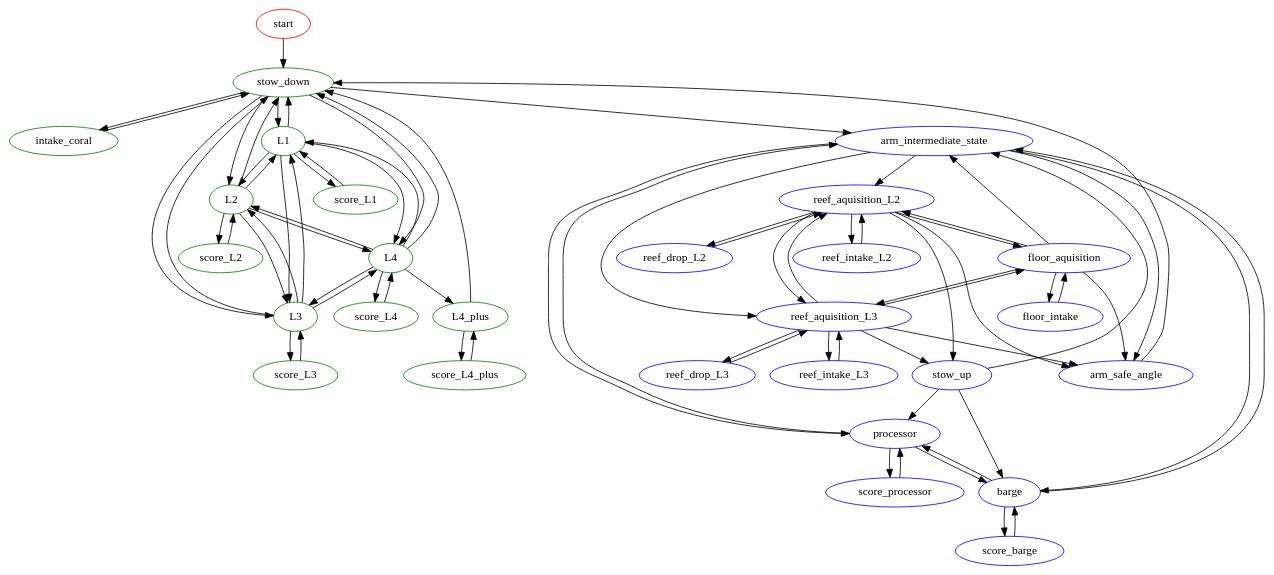
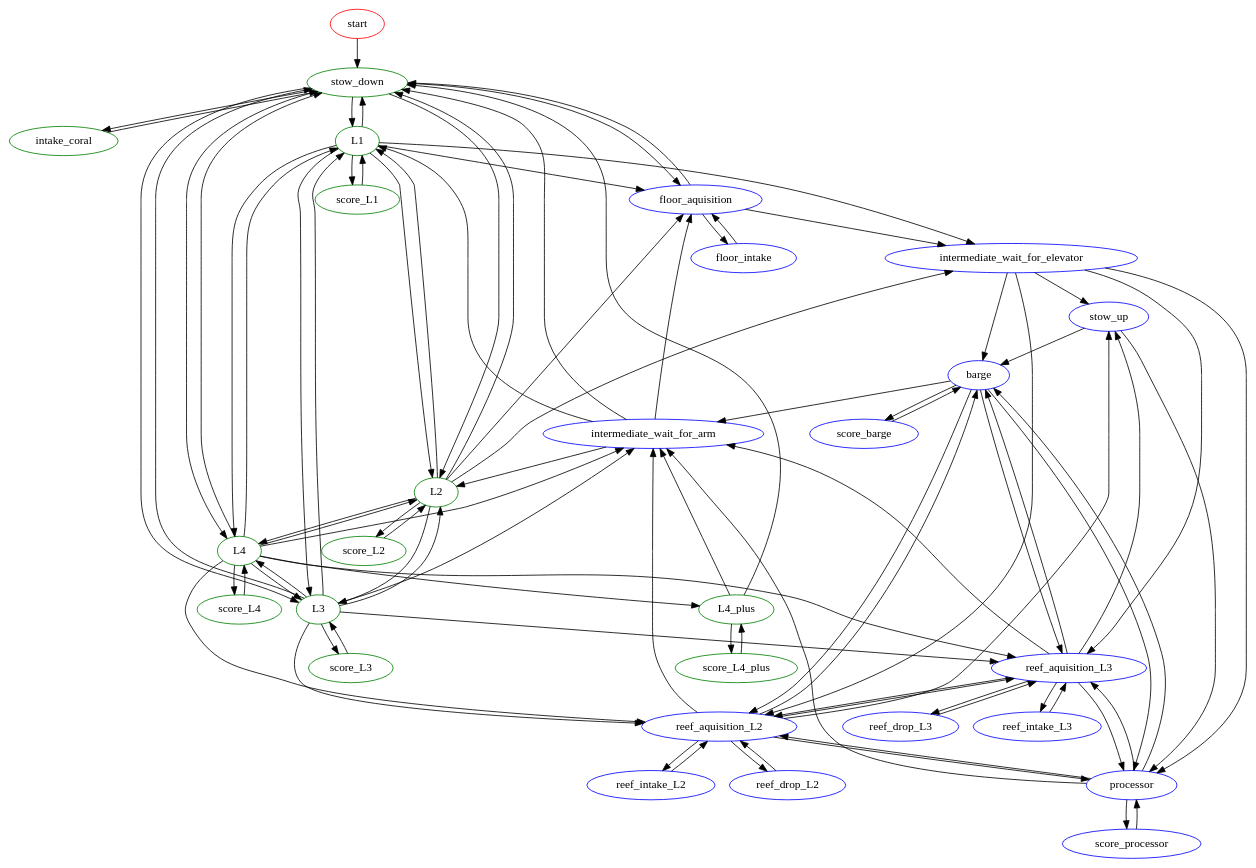
One commit to Team-190/2k25-Robot-Code changed the diagram in Superstructure.dot. Above: the diagram before and after it, drawn with Graphviz.

Commit message:
I think it is good now

```diff
--- a/Superstructure.dot
+++ b/Superstructure.dot
@@ -22,9 +22,10 @@
   score_L4 [color = green]
   score_L4_plus [color = green]
 
+  intermediate_wait_for_elevator [color = blue]
+  intermediate_wait_for_arm [color = blue]
+
   stow_up [color = blue]
-  arm_intermediate_state [color = blue]
-  arm_safe_angle [color = blue]
 
   floor_aquisition [color = blue]
   reef_aquisition_L2 [color = blue]
@@ -42,126 +43,192 @@
   score_barge [color = blue]
   score_processor [color = blue]
 
-  // Edge definitions
 
-  // Initial state
+
+  // start  
   start -> stow_down
 
-  // Stow down and intake coral can be entered from each other
+  // stow down
   stow_down -> intake_coral
-  intake_coral -> stow_down
-
-  // any scoring position can be entered from stow down
   stow_down -> L1
   stow_down -> L2
   stow_down -> L3
   stow_down -> L4
 
-  // Any scoring position can be entered from the other scoring positions except L4+
+  stow_down -> floor_aquisition
+
+  // intake coral
+  intake_coral -> stow_down
+
+  // L1
+  L1 -> stow_down
+  
   L1 -> L2
   L1 -> L3
   L1 -> L4
+  
+  L1 -> score_L1
+
+  L1 -> intermediate_wait_for_elevator
+
+  L1 -> floor_aquisition
+
+  // L2
+  L2 -> stow_down
 
   L2 -> L1
   L2 -> L3
   L2 -> L4
 
+  L2 -> score_L2
+  
+  L2 -> intermediate_wait_for_elevator
+
+  L2 -> floor_aquisition
+
+  // L3
+  L3 -> stow_down
+
   L3 -> L1
   L3 -> L2
   L3 -> L4
 
+  L3 -> score_L3
+  
+  L3 -> intermediate_wait_for_arm
+  
+  L3 -> reef_aquisition_L2
+  L3 -> reef_aquisition_L3
+  
+  // L4
+  L4 -> stow_down
+  
   L4 -> L1
   L4 -> L2
   L4 -> L3
- 
-  // L4+ can be entered from L4 only
   L4 -> L4_plus
-
-  // Scoring actions and their correspoinding states can be entered from each other
-  L1 -> score_L1
-  score_L1 -> L1
-
-  L2 -> score_L2
-  score_L2 -> L2
-
-  L3 -> score_L3
-  score_L3 -> L3
-
+  
   L4 -> score_L4
-  score_L4 -> L4
-
-  // L4_plus and score_L4_plus can be entered from each other
-  L4_plus -> score_L4_plus
-  score_L4_plus -> L4_plus
-
-  // stow down can be entered from any scoring position
-  L1 -> stow_down
-  L2 -> stow_down
-  L3 -> stow_down
-  L4 -> stow_down
+  
+  L4 -> intermediate_wait_for_arm
+  
+  L4 -> reef_aquisition_L2
+  L4 -> reef_aquisition_L3
+  
+  // L4_plus
   L4_plus -> stow_down
   
-  // All the algae states must be entered from an algae aquisition state
-  floor_aquisition -> arm_safe_angle        // floor aquisition failed
-  floor_aquisition -> arm_intermediate_state     // floor aquisition succeeded
+  L4_plus -> score_L4_plus
+  
+  L4_plus -> intermediate_wait_for_arm
+  
+  // score_L1
+  score_L1 -> L1
+  
+  // score_L2
+  score_L2 -> L2
+  
+  // score_L3
+  score_L3 -> L3
+  
+  // score_L4
+  score_L4 -> L4
+  
+  // score_L4_plus
+  score_L4_plus -> L4_plus
+  
+  // intermediate_wait_for_elevator
+  intermediate_wait_for_elevator -> stow_up
+  
+  intermediate_wait_for_elevator -> reef_aquisition_L2
+  intermediate_wait_for_elevator -> reef_aquisition_L3
+  
+  intermediate_wait_for_elevator -> barge
+  intermediate_wait_for_elevator -> processor
 
-  reef_aquisition_L2 -> arm_safe_angle      // reef aquisition failed
-  reef_aquisition_L2 -> stow_up             // reef aquisition succeeded
-
-  reef_aquisition_L3 -> arm_safe_angle      // reef aquisition failed
-  reef_aquisition_L3 -> stow_up             // reef aquisition succeeded
-
-  arm_safe_angle -> stow_down               // stow can be entered from arm safe angle
-  stow_up -> arm_intermediate_state              // algae safe height can be entered from stow up
-
-  // algae manipulation states can be entered from their corresponding algae aquisition states
+  // intermediate_wait_for_arm
+  intermediate_wait_for_arm -> stow_down
+  
+  intermediate_wait_for_arm -> L1
+  intermediate_wait_for_arm -> L2
+  
+  intermediate_wait_for_arm -> floor_aquisition
+  
+  // stow_up
+  stow_up -> barge
+  stow_up -> processor
+  
+  // floor_aquisition
+  floor_aquisition -> stow_down
+  
+  floor_aquisition -> intermediate_wait_for_elevator
+  
   floor_aquisition -> floor_intake
-  floor_intake -> floor_aquisition
-
+  
+  // reef_aquisition_L2
+  reef_aquisition_L2 -> intermediate_wait_for_arm
+  
+  reef_aquisition_L2 -> stow_up
+  
+  reef_aquisition_L2 -> reef_aquisition_L3
+  
+  reef_aquisition_L2 -> barge
+  reef_aquisition_L2 -> processor
+  
   reef_aquisition_L2 -> reef_intake_L2
   reef_aquisition_L2 -> reef_drop_L2
 
-  reef_intake_L2 -> reef_aquisition_L2
-  reef_drop_L2 -> reef_aquisition_L2
-
+  // reef_aquisition_L3
+  reef_aquisition_L3 -> intermediate_wait_for_arm
+  
+  reef_aquisition_L3 -> stow_up
+  
+  reef_aquisition_L3 -> reef_aquisition_L2
+  
+  reef_aquisition_L3 -> barge
+  reef_aquisition_L3 -> processor
+  
   reef_aquisition_L3 -> reef_intake_L3
   reef_aquisition_L3 -> reef_drop_L3
-
+  
+  // barge
+  barge -> intermediate_wait_for_arm
+  
+  barge -> reef_aquisition_L2
+  barge -> reef_aquisition_L3
+  
+  barge -> processor
+  
+  barge -> score_barge
+  
+  // processor
+  processor -> intermediate_wait_for_arm
+  
+  processor -> reef_aquisition_L2
+  processor -> reef_aquisition_L3
+  
+  processor -> barge
+  
+  processor -> score_processor
+  
+  // floor_intake
+  floor_intake -> floor_aquisition
+  
+  // reef_intake_L2
+  reef_intake_L2 -> reef_aquisition_L2
+  
+  // reef_intake_L3
   reef_intake_L3 -> reef_aquisition_L3
+  
+  // reef_drop_L2
+  reef_drop_L2 -> reef_aquisition_L2
+  
+  // reef_drop_L3
   reef_drop_L3 -> reef_aquisition_L3
-
-  floor_aquisition -> reef_aquisition_L2
-  floor_aquisition -> reef_aquisition_L3
-
-  reef_aquisition_L2 -> floor_aquisition
-  reef_aquisition_L2 -> reef_aquisition_L3
-
-  reef_aquisition_L3 -> floor_aquisition
-  reef_aquisition_L3 -> reef_aquisition_L2
-
-  // connection to coral graph segment
-  arm_intermediate_state -> arm_safe_angle
-  stow_down -> arm_intermediate_state
-
-  // scoring
-  stow_up -> barge
-  stow_up -> processor
-
-  barge -> score_barge
+  
+  // score_barge
   score_barge -> barge
-
-  processor -> score_processor
+  
+  // score_processor
   score_processor -> processor
-
-  barge -> processor
-  processor -> barge
-
-  barge -> arm_intermediate_state
-  processor -> arm_intermediate_state
-
-  // algae safe height to other states
-  arm_intermediate_state -> reef_aquisition_L2
-  arm_intermediate_state -> reef_aquisition_L3
-  arm_intermediate_state -> barge
-  arm_intermediate_state -> processor
 }
```
